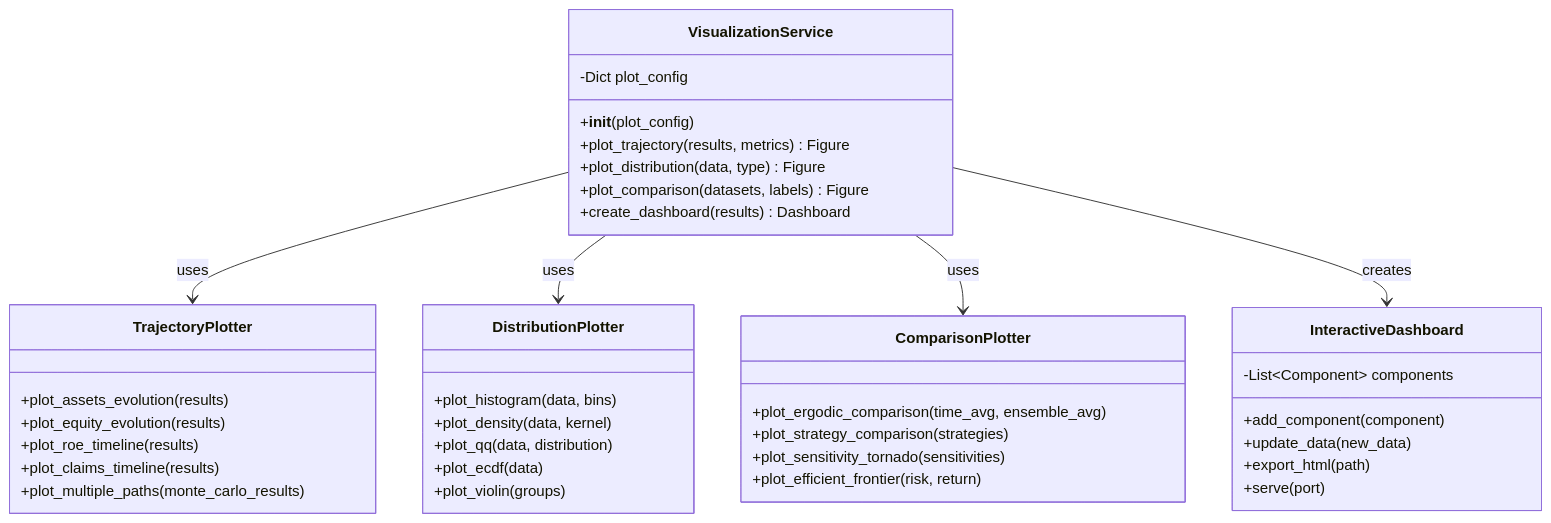
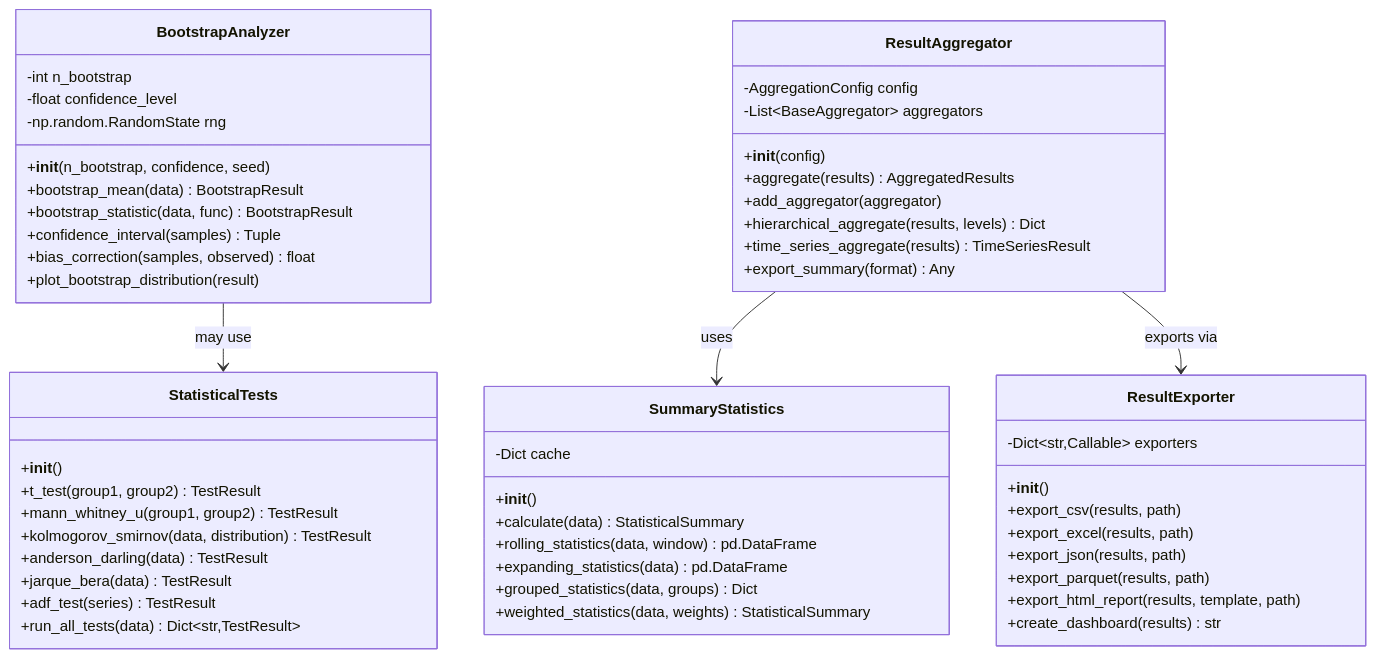
One commit to AlexFiliakov/Ergodic-Insurance-Limits changed the third of 5 diagrams in ergodic_insurance/docs/architecture/class_diagrams/service_layer.md. Above: the diagram before and after it, drawn with Mermaid. The commit also changed other lines of this file and 24 other files, not shown here.

First line of the commit message:
Refactor and enhance statistical testing and summary statistics

````diff
--- a/ergodic_insurance/docs/architecture/class_diagrams/service_layer.md
+++ b/ergodic_insurance/docs/architecture/class_diagrams/service_layer.md
@@ -107,47 +164,61 @@
 ```mermaid
 classDiagram
-    class VisualizationService {
-        -Dict plot_config
-        +__init__(plot_config)
-        +plot_trajectory(results, metrics) Figure
-        +plot_distribution(data, type) Figure
-        +plot_comparison(datasets, labels) Figure
-        +create_dashboard(results) Dashboard
+    class BootstrapAnalyzer {
+        -int n_bootstrap
+        -float confidence_level
+        -np.random.RandomState rng
+        +__init__(n_bootstrap, confidence, seed)
+        +bootstrap_mean(data) BootstrapResult
+        +bootstrap_statistic(data, func) BootstrapResult
+        +confidence_interval(samples) Tuple
+        +bias_correction(samples, observed) float
+        +plot_bootstrap_distribution(result)
     }
 
-    class TrajectoryPlotter {
-        +plot_assets_evolution(results)
-        +plot_equity_evolution(results)
-        +plot_roe_timeline(results)
-        +plot_claims_timeline(results)
-        +plot_multiple_paths(monte_carlo_results)
+    class StatisticalTests {
+        +__init__()
+        +t_test(group1, group2) TestResult
+        +mann_whitney_u(group1, group2) TestResult
+        +kolmogorov_smirnov(data, distribution) TestResult
+        +anderson_darling(data) TestResult
+        +jarque_bera(data) TestResult
+        +adf_test(series) TestResult
+        +run_all_tests(data) Dict~str,TestResult~
     }
 
-    class DistributionPlotter {
-        +plot_histogram(data, bins)
-        +plot_density(data, kernel)
-        +plot_qq(data, distribution)
-        +plot_ecdf(data)
-        +plot_violin(groups)
+    class SummaryStatistics {
+        -Dict cache
+        +__init__()
+        +calculate(data) StatisticalSummary
+        +rolling_statistics(data, window) pd.DataFrame
+        +expanding_statistics(data) pd.DataFrame
+        +grouped_statistics(data, groups) Dict
+        +weighted_statistics(data, weights) StatisticalSummary
     }
 
-    class ComparisonPlotter {
-        +plot_ergodic_comparison(time_avg, ensemble_avg)
-        +plot_strategy_comparison(strategies)
-        +plot_sensitivity_tornado(sensitivities)
-        +plot_efficient_frontier(risk, return)
+    class ResultAggregator {
+        -AggregationConfig config
+        -List~BaseAggregator~ aggregators
+        +__init__(config)
+        +aggregate(results) AggregatedResults
+        +add_aggregator(aggregator)
+        +hierarchical_aggregate(results, levels) Dict
+        +time_series_aggregate(results) TimeSeriesResult
+        +export_summary(format) Any
     }
 
-    class InteractiveDashboard {
-        -List~Component~ components
-        +add_component(component)
-        +update_data(new_data)
-        +export_html(path)
-        +serve(port)
+    class ResultExporter {
+        -Dict~str,Callable~ exporters
+        +__init__()
+        +export_csv(results, path)
+        +export_excel(results, path)
+        +export_json(results, path)
+        +export_parquet(results, path)
+        +export_html_report(results, template, path)
+        +create_dashboard(results) str
     }
 
-    VisualizationService --> TrajectoryPlotter: uses
-    VisualizationService --> DistributionPlotter: uses
-    VisualizationService --> ComparisonPlotter: uses
-    VisualizationService --> InteractiveDashboard: creates
+    ResultAggregator --> SummaryStatistics : uses
+    ResultAggregator --> ResultExporter : exports via
+    BootstrapAnalyzer --> StatisticalTests : may use
 ```
````
